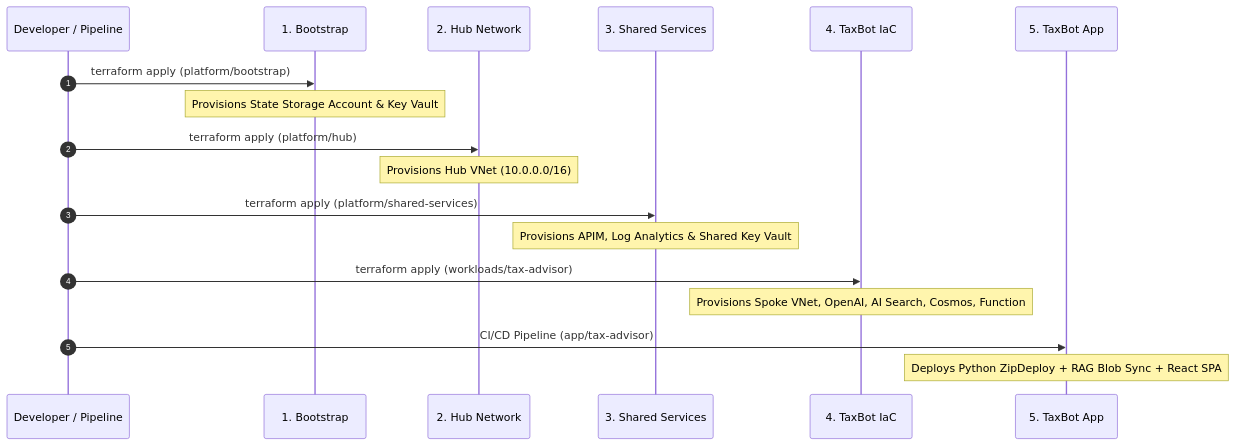
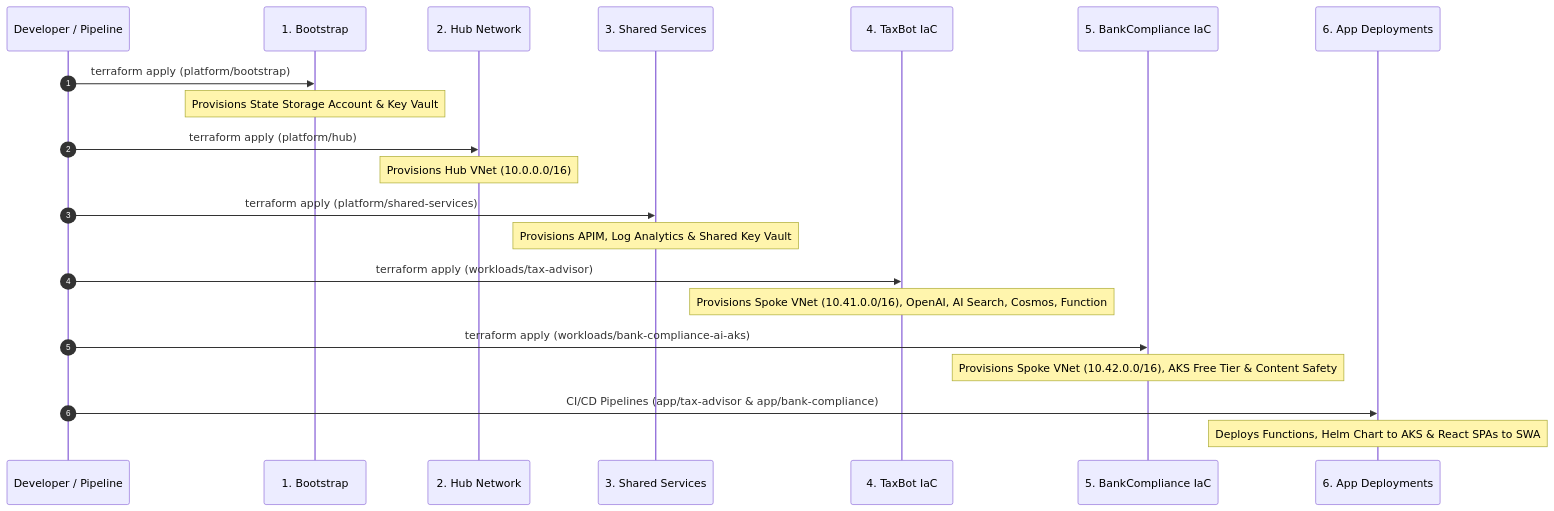
Before and after one commit to RepoCodeGanesh/terraform-azure-iac: the second of 2 diagrams in docs/platform-guide/README.md, drawn with Mermaid. The commit also changed other lines of this file and 14 other files, not shown here.

Commit message:
docs: add comprehensive project documentation and application guides for the bank-compliance and tax-advisor workloads

````diff
--- a/docs/platform-guide/README.md
+++ b/docs/platform-guide/README.md
@@ -79,21 +89,24 @@
 ```mermaid
 sequenceDiagram
     autonumber
     participant Dev as Developer / Pipeline
     participant Boot as 1. Bootstrap
     participant Hub as 2. Hub Network
     participant SS as 3. Shared Services
     participant Taxb as 4. TaxBot IaC
-    participant App as 5. TaxBot App
+    participant Bankc as 5. BankCompliance IaC
+    participant Apps as 6. App Deployments
 
     Dev->>Boot: terraform apply (platform/bootstrap)
     Note over Boot: Provisions State Storage Account & Key Vault
     Dev->>Hub: terraform apply (platform/hub)
     Note over Hub: Provisions Hub VNet (10.0.0.0/16)
     Dev->>SS: terraform apply (platform/shared-services)
     Note over SS: Provisions APIM, Log Analytics & Shared Key Vault
     Dev->>Taxb: terraform apply (workloads/tax-advisor)
-    Note over Taxb: Provisions Spoke VNet, OpenAI, AI Search, Cosmos, Function
-    Dev->>App: CI/CD Pipeline (app/tax-advisor)
-    Note over App: Deploys Python ZipDeploy + RAG Blob Sync + React SPA
+    Note over Taxb: Provisions Spoke VNet (10.41.0.0/16), OpenAI, AI Search, Cosmos, Function
+    Dev->>Bankc: terraform apply (workloads/bank-compliance-ai-aks)
+    Note over Bankc: Provisions Spoke VNet (10.42.0.0/16), AKS Free Tier & Content Safety
+    Dev->>Apps: CI/CD Pipelines (app/tax-advisor & app/bank-compliance)
+    Note over Apps: Deploys Functions, Helm Chart to AKS & React SPAs to SWA
 ```
````
